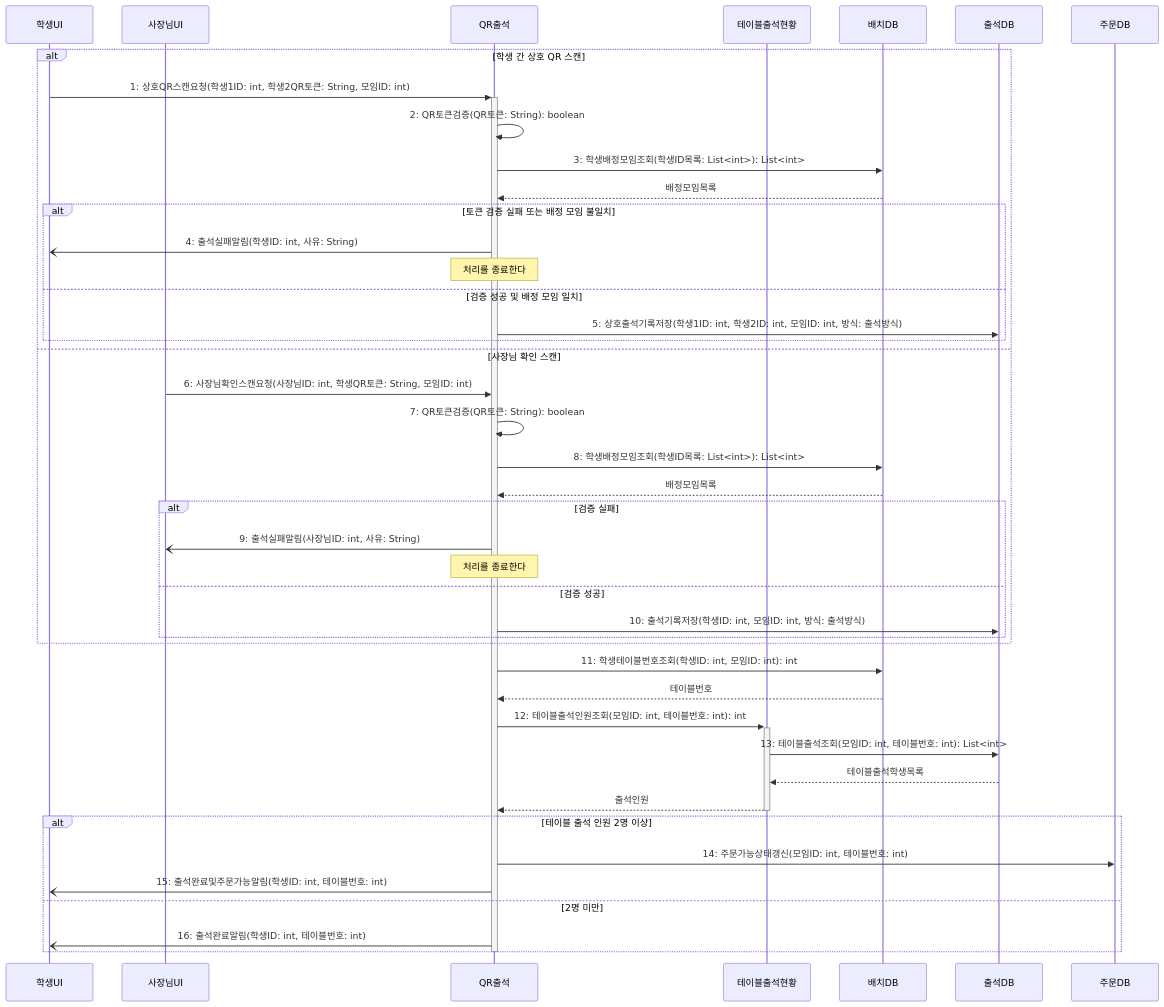
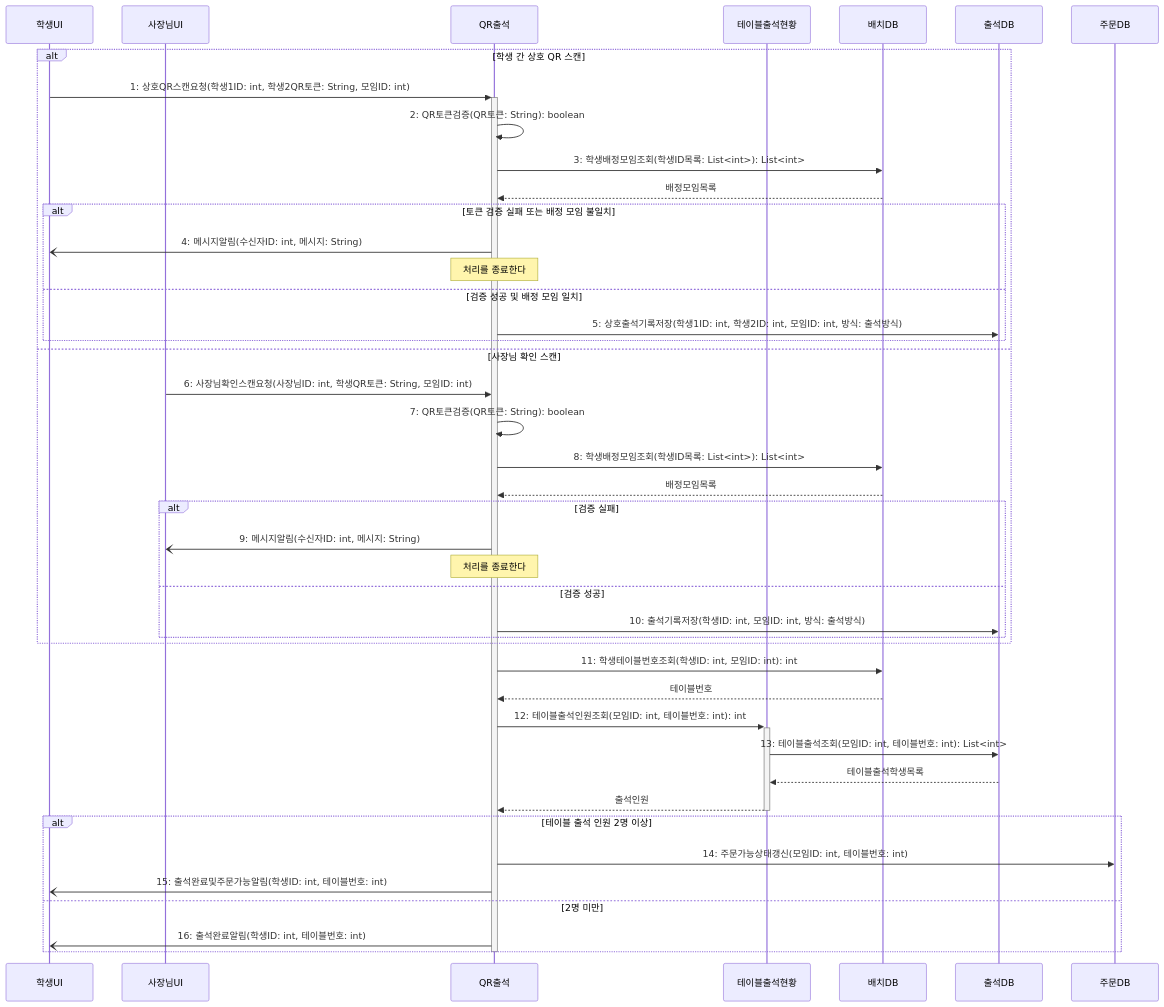
Before and after one commit to hojae3/sw-engineering-16: the diagram in sequence/seq-05.md, drawn with Mermaid. The commit also changed other lines of this file and 19 other files, not shown here.

````diff
--- a/sequence/seq-05.md
+++ b/sequence/seq-05.md
@@ -26,51 +26,51 @@
 ```mermaid
 sequenceDiagram
     participant 학생UI as 학생UI
     participant 사장님UI as 사장님UI
     participant 출석 as QR출석
     participant 현황 as 테이블출석현황
     participant 배치DB as 배치DB
     participant 출석DB as 출석DB
     participant 주문DB as 주문DB
 
     alt 학생 간 상호 QR 스캔
         학생UI->>+출석: 1: 상호QR스캔요청(학생1ID: int, 학생2QR토큰: String, 모임ID: int)
         출석->>출석: 2: QR토큰검증(QR토큰: String): boolean
         출석->>배치DB: 3: 학생배정모임조회(학생ID목록: List<int>): List<int>
         배치DB-->>출석: 배정모임목록
 
         alt 토큰 검증 실패 또는 배정 모임 불일치
-            출석-)학생UI: 4: 출석실패알림(학생ID: int, 사유: String)
+            출석-)학생UI: 4: 메시지알림(수신자ID: int, 메시지: String)
             Note over 출석: 처리를 종료한다
         else 검증 성공 및 배정 모임 일치
             출석->>출석DB: 5: 상호출석기록저장(학생1ID: int, 학생2ID: int, 모임ID: int, 방식: 출석방식)
         end
     else 사장님 확인 스캔
         사장님UI->>출석: 6: 사장님확인스캔요청(사장님ID: int, 학생QR토큰: String, 모임ID: int)
         출석->>출석: 7: QR토큰검증(QR토큰: String): boolean
         출석->>배치DB: 8: 학생배정모임조회(학생ID목록: List<int>): List<int>
         배치DB-->>출석: 배정모임목록
 
         alt 검증 실패
-            출석-)사장님UI: 9: 출석실패알림(사장님ID: int, 사유: String)
+            출석-)사장님UI: 9: 메시지알림(수신자ID: int, 메시지: String)
             Note over 출석: 처리를 종료한다
         else 검증 성공
             출석->>출석DB: 10: 출석기록저장(학생ID: int, 모임ID: int, 방식: 출석방식)
         end
     end
 
     출석->>배치DB: 11: 학생테이블번호조회(학생ID: int, 모임ID: int): int
     배치DB-->>출석: 테이블번호
     출석->>+현황: 12: 테이블출석인원조회(모임ID: int, 테이블번호: int): int
     현황->>출석DB: 13: 테이블출석조회(모임ID: int, 테이블번호: int): List<int>
     출석DB-->>현황: 테이블출석학생목록
     현황-->>-출석: 출석인원
 
     alt 테이블 출석 인원 2명 이상
         출석->>주문DB: 14: 주문가능상태갱신(모임ID: int, 테이블번호: int)
         출석-)학생UI: 15: 출석완료및주문가능알림(학생ID: int, 테이블번호: int)
     else 2명 미만
         출석-)학생UI: 16: 출석완료알림(학생ID: int, 테이블번호: int)
     end
     deactivate 출석
 ```
````
